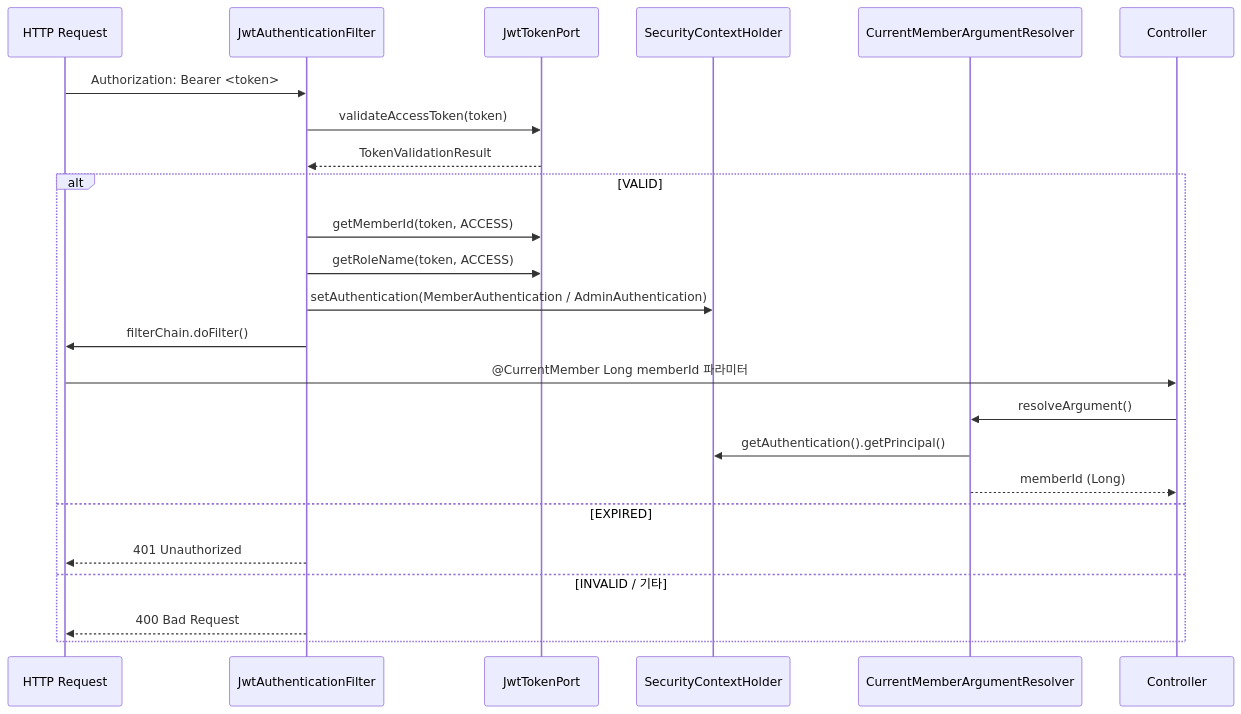
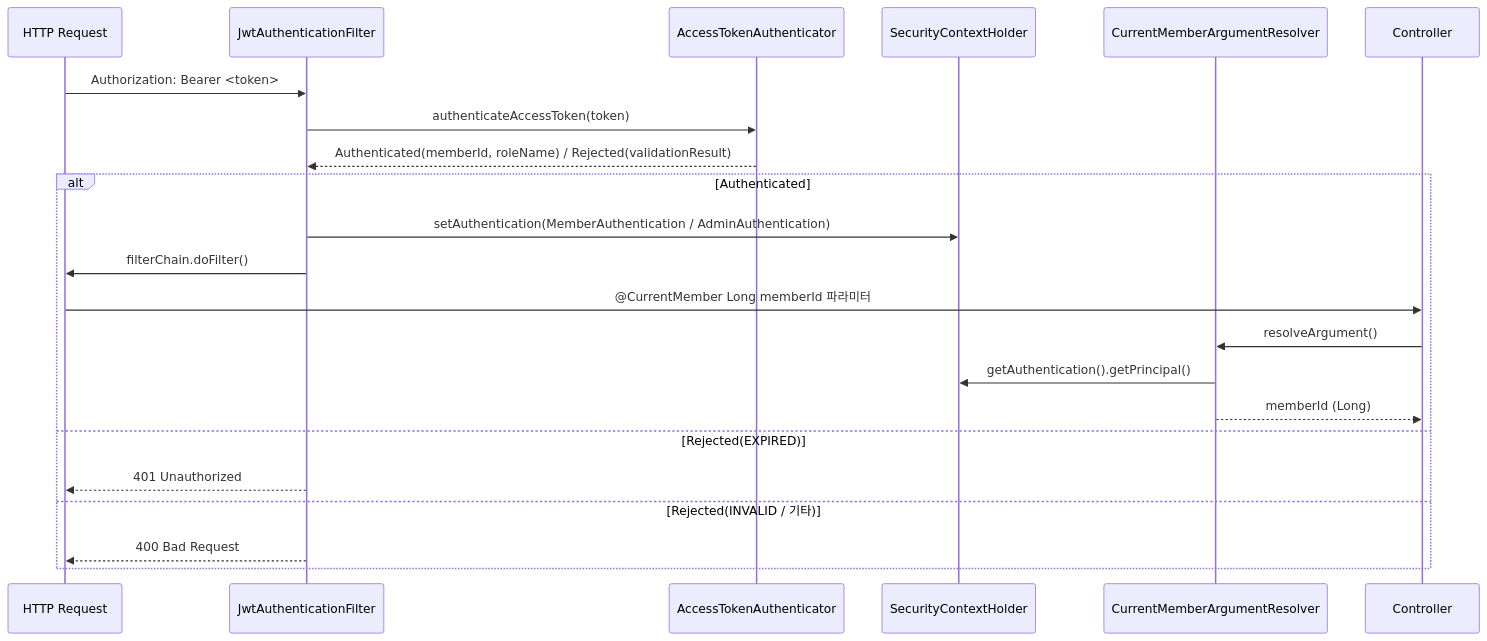
Before and after one commit to TEAM-BEAT/BEAT-SERVER: the third of 4 diagrams in gateway/README.md, drawn with Mermaid. The commit also changed other lines of this file and 10 other files, not shown here.

````diff
--- a/gateway/README.md
+++ b/gateway/README.md
@@ -209,28 +211,26 @@
 ```mermaid
 sequenceDiagram
     participant C as HTTP Request
     participant F as JwtAuthenticationFilter
-    participant J as JwtTokenPort
+    participant A as AccessTokenAuthenticator
     participant SC as SecurityContextHolder
     participant R as CurrentMemberArgumentResolver
     participant Ctrl as Controller
 
     C->>F: Authorization: Bearer <token>
-    F->>J: validateAccessToken(token)
-    J-->>F: TokenValidationResult
+    F->>A: authenticateAccessToken(token)
+    A-->>F: Authenticated(memberId, roleName) / Rejected(validationResult)
 
-    alt VALID
-        F->>J: getMemberId(token, ACCESS)
-        F->>J: getRoleName(token, ACCESS)
+    alt Authenticated
         F->>SC: setAuthentication(MemberAuthentication / AdminAuthentication)
         F->>C: filterChain.doFilter()
         C->>Ctrl: @CurrentMember Long memberId 파라미터
         Ctrl->>R: resolveArgument()
         R->>SC: getAuthentication().getPrincipal()
         R-->>Ctrl: memberId (Long)
-    else EXPIRED
+    else Rejected(EXPIRED)
         F-->>C: 401 Unauthorized
-    else INVALID / 기타
+    else Rejected(INVALID / 기타)
         F-->>C: 400 Bad Request
     end
 ```
````
